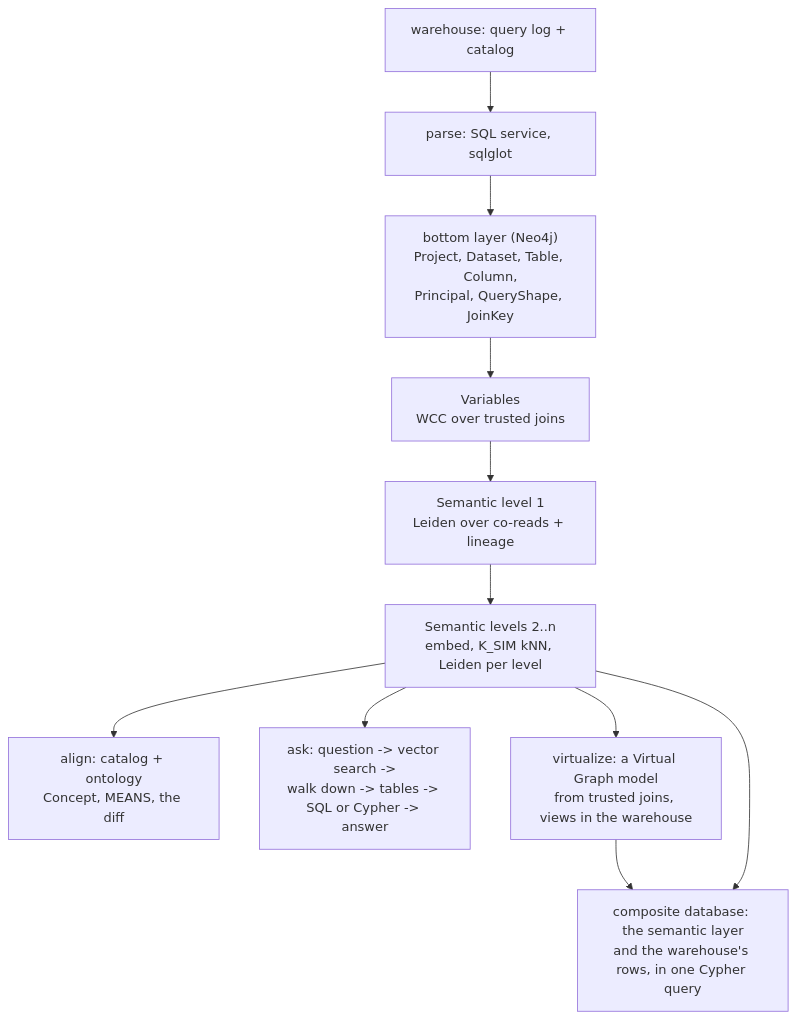
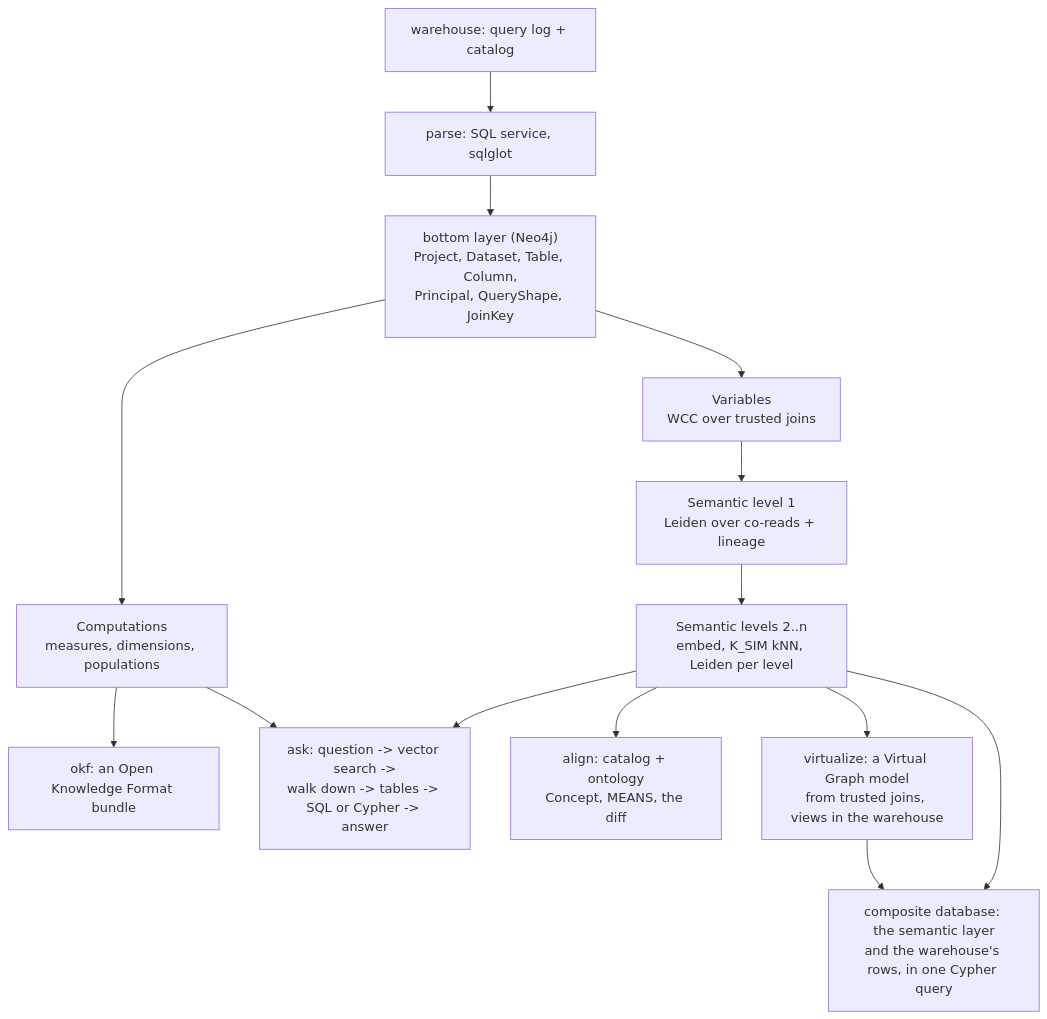
Before and after one commit to jeffneo/semantic-context: the diagram in README.md, drawn with Mermaid. The commit also changed other lines of this file and 20 other files, not shown here.

````diff
--- a/README.md
+++ b/README.md
@@ -19,13 +23,16 @@
 ```mermaid
 flowchart TD
     L[warehouse: query log + catalog] --> P[parse: SQL service, sqlglot]
     P --> B["bottom layer (Neo4j)<br/>Project, Dataset, Table, Column,<br/>Principal, QueryShape, JoinKey"]
     B --> V["Variables<br/>WCC over trusted joins"]
     V --> S1["Semantic level 1<br/>Leiden over co-reads + lineage"]
+    B --> CP["Computations<br/>measures, dimensions, populations"]
+    CP --> OKF["okf: an Open Knowledge Format bundle"]
+    CP --> Q
     S1 --> SH["Semantic levels 2..n<br/>embed, K_SIM kNN, Leiden per level"]
     SH --> A["align: catalog + ontology<br/>Concept, MEANS, the diff"]
     SH --> Q["ask: question -> vector search -><br/>walk down -> tables -> SQL or Cypher -> answer"]
     SH --> VG["virtualize: a Virtual Graph model<br/>from trusted joins, views in the warehouse"]
     VG --> C["composite database: the semantic layer<br/>and the warehouse's rows, in one Cypher query"]
     SH --> C
 ```
````
